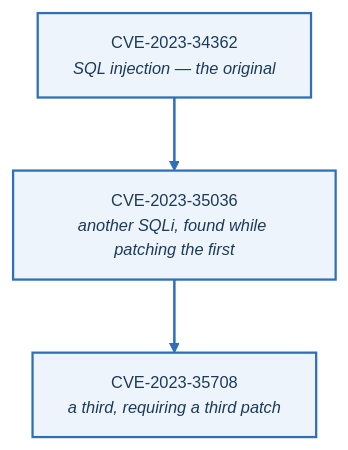
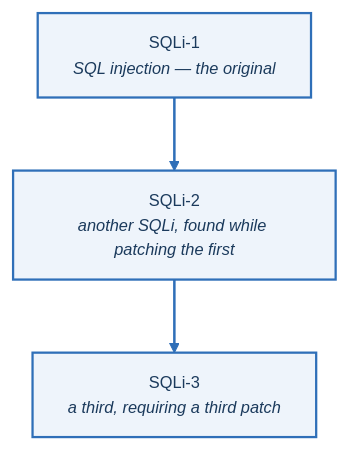
One commit to Twolliston-CPG/Mastery changed the first of 4 diagrams in curriculum/_reference/devsecops/threat-modeling/case-studies-filetransferapp.md. Above: the diagram before and after it, drawn with Mermaid. The commit also changed other lines of this file and 4 other files, not shown here.

````diff
--- a/curriculum/_reference/devsecops/threat-modeling/case-studies-filetransferapp.md
+++ b/curriculum/_reference/devsecops/threat-modeling/case-studies-filetransferapp.md
@@ -43,16 +43,16 @@
 ```mermaid
 %%{init: {'theme':'base','themeVariables':{'fontFamily':'Helvetica, Arial, sans-serif','fontSize':'13px','primaryColor':'#ffffff','primaryTextColor':'#2d3436','primaryBorderColor':'#9aa3ab','lineColor':'#9aa3ab','textColor':'#2d3436','clusterBkg':'#fbfcfd','clusterBorder':'#d4dae0','edgeLabelBackground':'#ffffff','tertiaryColor':'#eef4fb'},'flowchart':{'curve':'basis','padding':14,'nodeSpacing':42,'rankSpacing':58}}}%%
 flowchart TB
   classDef default fill:#ffffff,stroke:#9aa3ab,stroke-width:1.3px,color:#2d3436
   classDef n    fill:#ffffff,stroke:#9aa3ab,stroke-width:1.3px,color:#2d3436
   classDef crit fill:#eef4fb,stroke:#2f6fb8,stroke-width:1.8px,color:#1b3a5c
   classDef data fill:#f4f7fa,stroke:#9aa3ab,stroke-width:1.3px,color:#2d3436
   classDef mut  fill:#ffffff,stroke:#cfd6dc,stroke-width:1.1px,color:#7a8288
   classDef warn fill:#fdf0ec,stroke:#c0522d,stroke-width:1.6px,color:#8a3a1e
-  A["CVE-2023-34362<br/><i>SQL injection — the original</i>"]
-  B["CVE-2023-35036<br/><i>another SQLi, found while patching the first</i>"]
-  C["CVE-2023-35708<br/><i>a third, requiring a third patch</i>"]
+  A["SQLi-1<br/><i>SQL injection — the original</i>"]
+  B["SQLi-2<br/><i>another SQLi, found while patching the first</i>"]
+  C["SQLi-3<br/><i>a third, requiring a third patch</i>"]
   A ==> B ==> C
   class A,B,C crit
   linkStyle 0,1 stroke:#2f6fb8,stroke-width:2px
 ```
````
